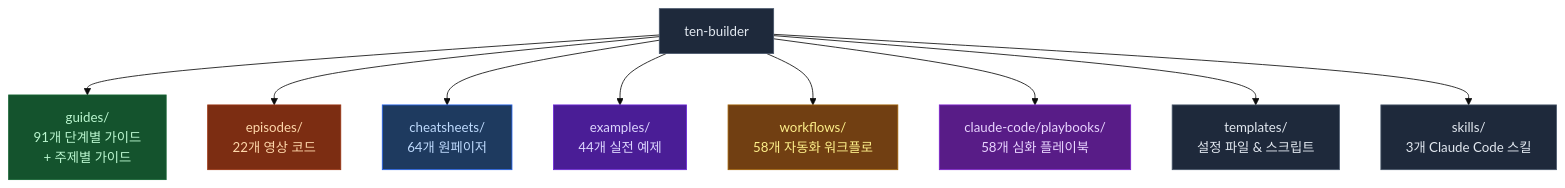
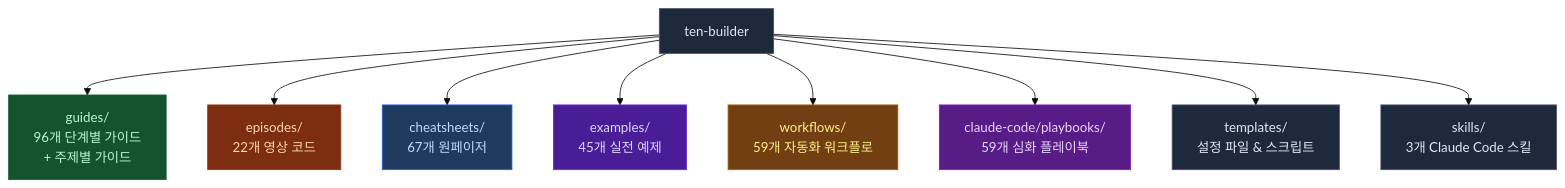
The first of 2 diagrams in README.md (ten-builder/ten-builder), drawn with Mermaid (base theme) before and after one commit. The commit also changed other lines of this file, not shown here.

Commit message:
docs: README sync -- guides 95-96, playbook 65, new cheatsheets and examples

````diff
--- a/README.md
+++ b/README.md
@@ -23,21 +23,21 @@
 ```mermaid
 flowchart TD
-    R["ten-builder"] --> G["guides/\n91개 단계별 가이드\n+ 주제별 가이드"]
+    R["ten-builder"] --> G["guides/\n96개 단계별 가이드\n+ 주제별 가이드"]
     R --> E["episodes/\n22개 영상 코드"]
-    R --> C["cheatsheets/\n64개 원페이저"]
-    R --> EX["examples/\n44개 실전 예제"]
-    R --> W["workflows/\n58개 자동화 워크플로"]
-    R --> P["claude-code/playbooks/\n58개 심화 플레이북"]
+    R --> C["cheatsheets/\n67개 원페이저"]
+    R --> EX["examples/\n45개 실전 예제"]
+    R --> W["workflows/\n59개 자동화 워크플로"]
+    R --> P["claude-code/playbooks/\n59개 심화 플레이북"]
     R --> T["templates/\n설정 파일 & 스크립트"]
     R --> S["skills/\n3개 Claude Code 스킬"]
 
     style R fill:#1e293b,stroke:#475569,color:#e2e8f0
     style G fill:#14532d,stroke:#166534,color:#bbf7d0
     style E fill:#7c2d12,stroke:#9a3412,color:#fed7aa
     style C fill:#1e3a5f,stroke:#2563eb,color:#bfdbfe
     style EX fill:#4a1d96,stroke:#6d28d9,color:#ddd6fe
     style W fill:#713f12,stroke:#a16207,color:#fef08a
     style P fill:#581c87,stroke:#7e22ce,color:#e9d5ff
     style T fill:#1e293b,stroke:#475569,color:#e2e8f0
     style S fill:#1e293b,stroke:#475569,color:#e2e8f0
 ```
````
